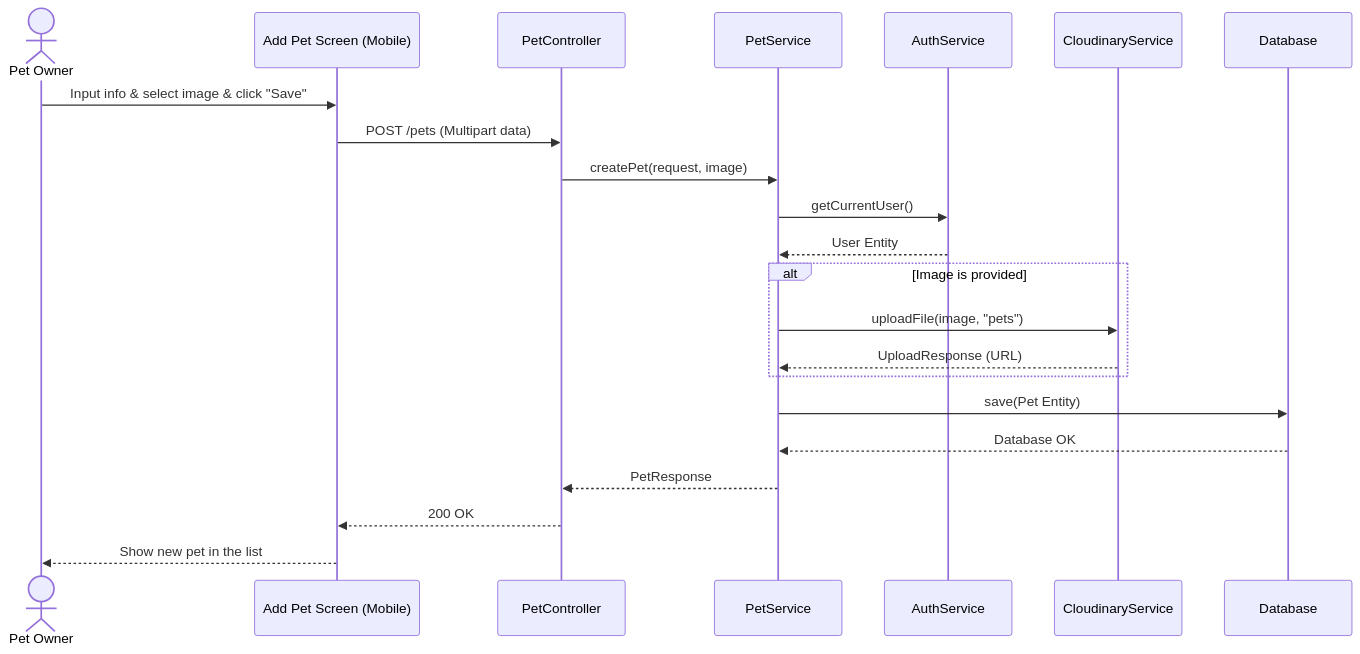
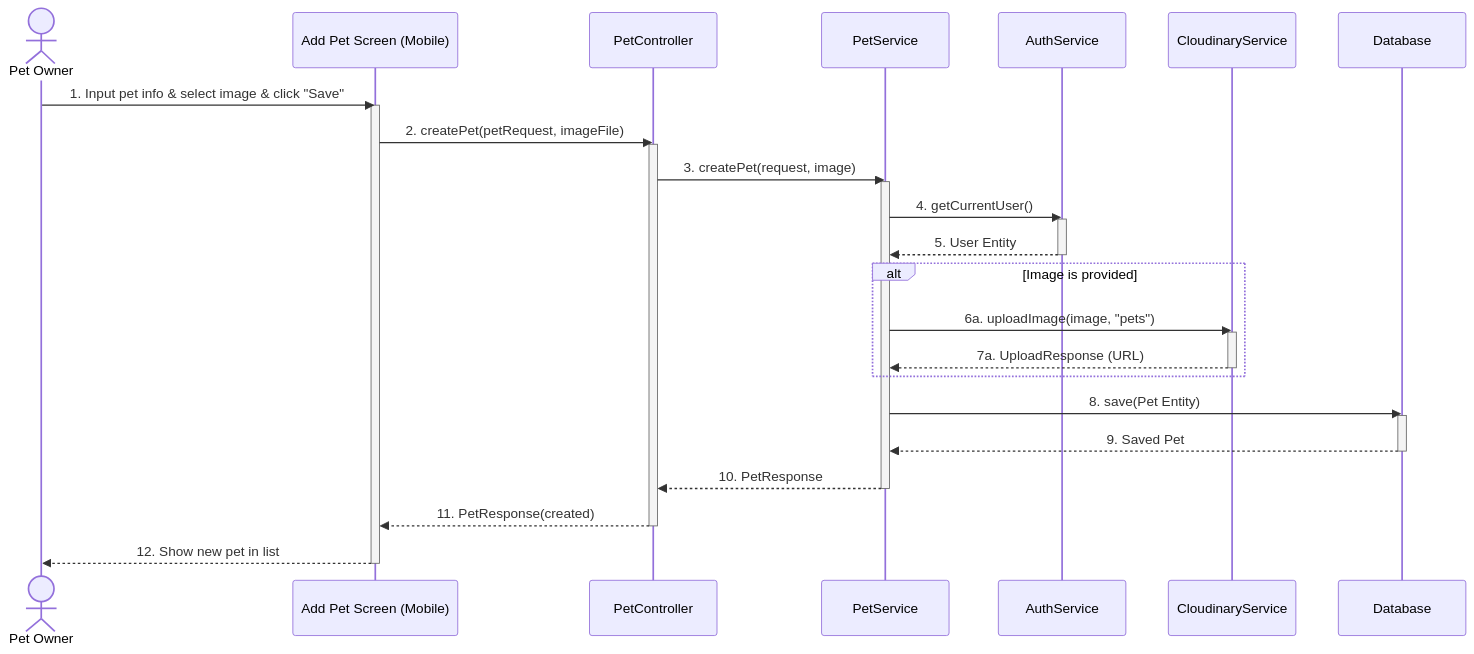
One commit to espresso23/Petties-Veterinary-Appointment-Booking-Platform changed diagram 18 of 28 in docs-references/documentation/SDD/REPORT_4_SDD_SYSTEM_DESIGN.md. Above: the diagram before and after it, drawn with Mermaid. The commit also changed other lines of this file and 3 other files, not shown here.

Commit message:
docs: standardize SRS/SDD formats and fix sequence diagram notation

````diff
--- a/docs-references/documentation/SDD/REPORT_4_SDD_SYSTEM_DESIGN.md
+++ b/docs-references/documentation/SDD/REPORT_4_SDD_SYSTEM_DESIGN.md
@@ -1108,25 +1384,37 @@
 ```mermaid
 sequenceDiagram
     actor Owner as Pet Owner
     participant UI as Add Pet Screen (Mobile)
     participant PC as PetController
     participant PS as PetService
     participant AS as AuthService
     participant CS as CloudinaryService
     participant DB as Database
 
-    Owner->>UI: Input info & select image & click "Save"
-    UI->>PC: POST /pets (Multipart data)
-    PC->>PS: createPet(request, image)
-    PS->>AS: getCurrentUser()
-    AS-->>PS: User Entity
+    Owner->>UI: 1. Input pet info & select image & click "Save"
+    activate UI
+    UI->>PC: 2. createPet(petRequest, imageFile)
+    activate PC
+    PC->>PS: 3. createPet(request, image)
+    activate PS
+    PS->>AS: 4. getCurrentUser()
+    activate AS
+    AS-->>PS: 5. User Entity
+    deactivate AS
     alt Image is provided
-        PS->>CS: uploadFile(image, "pets")
-        CS-->>PS: UploadResponse (URL)
+        PS->>CS: 6a. uploadImage(image, "pets")
+        activate CS
+        CS-->>PS: 7a. UploadResponse (URL)
+        deactivate CS
     end
-    PS->>DB: save(Pet Entity)
-    DB-->>PS: Database OK
-    PS-->>PC: PetResponse
-    PC-->>UI: 200 OK
-    UI-->>Owner: Show new pet in the list
+    PS->>DB: 8. save(Pet Entity)
+    activate DB
+    DB-->>PS: 9. Saved Pet
+    deactivate DB
+    PS-->>PC: 10. PetResponse
+    deactivate PS
+    PC-->>UI: 11. PetResponse(created)
+    deactivate PC
+    UI-->>Owner: 12. Show new pet in list
+    deactivate UI
 ```
````
